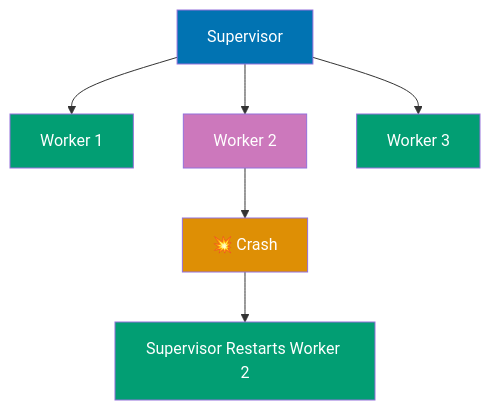
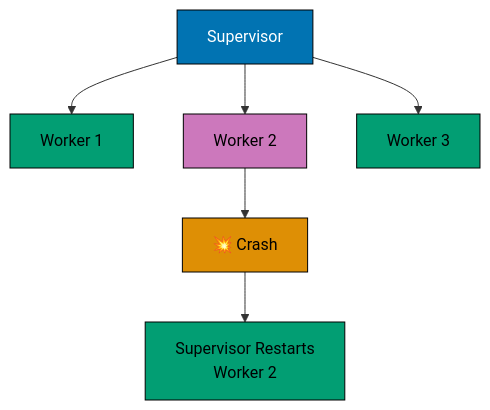
One commit to wahidyankf/ose-public changed the fifth of 24 diagrams in apps/ayokoding-www/content/en/learn/legacy/software-engineering/programming-languages/elixir/by-example/advanced.md. Above: the diagram before and after it, drawn with Mermaid. The commit also changed other lines of this file and 112 other files, not shown here.

First line of the commit message:
fix(mermaid): bring the legacy programming-languages diagrams onto the accessible palette

````diff
--- a/apps/ayokoding-www/content/en/learn/legacy/software-engineering/programming-languages/elixir/by-example/advanced.md
+++ b/apps/ayokoding-www/content/en/learn/legacy/software-engineering/programming-languages/elixir/by-example/advanced.md
@@ -1093,17 +1124,24 @@
 ```mermaid
 %% Color Palette: Blue #0173B2, Orange #DE8F05, Teal #029E73, Purple #CC78BC, Brown #CA9161
 graph TD
+    accTitle: Example 66: Supervisor Basics
+    accDescr: Graph with 6 nodes and 5 connections. Nodes: Supervisor, Worker 1, Worker 2, Worker 3, 💥 Crash, Supervisor Restarts Worker 2. Connections: Supervisor to Worker 1, Supervisor to Worker 2, Supervisor to Worker 3, Worker 2 to 💥 Crash, 💥 Crash to Supervisor Restarts Worker 2.
     Supervisor["Supervisor"] --> Worker1["Worker 1"]
     Supervisor --> Worker2["Worker 2"]
     Supervisor --> Worker3["Worker 3"]
 
     Worker2 --> Crash["💥 Crash"]
-    Crash --> Restart["Supervisor Restarts Worker 2"]
+    Crash --> Restart["Supervisor Restarts<br/>Worker 2"]
 
-    style Supervisor fill:#0173B2,color:#fff
-    style Worker1 fill:#029E73,color:#fff
-    style Worker2 fill:#CC78BC,color:#fff
-    style Worker3 fill:#029E73,color:#fff
-    style Crash fill:#DE8F05,color:#fff
-    style Restart fill:#029E73,color:#fff
+    classDef pal-0173B2 fill:#0173B2,stroke:#000000,color:#FFFFFF
+    class Supervisor pal-0173B2
+    classDef pal-029E73 fill:#029E73,stroke:#000000,color:#000000
+    class Worker1 pal-029E73
+    classDef pal-CC78BC fill:#CC78BC,stroke:#000000,color:#000000
+    class Worker2 pal-CC78BC
+    class Worker3 pal-029E73
+    classDef pal-DE8F05 fill:#DE8F05,stroke:#000000,color:#000000
+    class Crash pal-DE8F05
+    class Restart pal-029E73
+    classDef default fill:#FFFFFF,stroke:#000000,color:#000000
 ```
````
